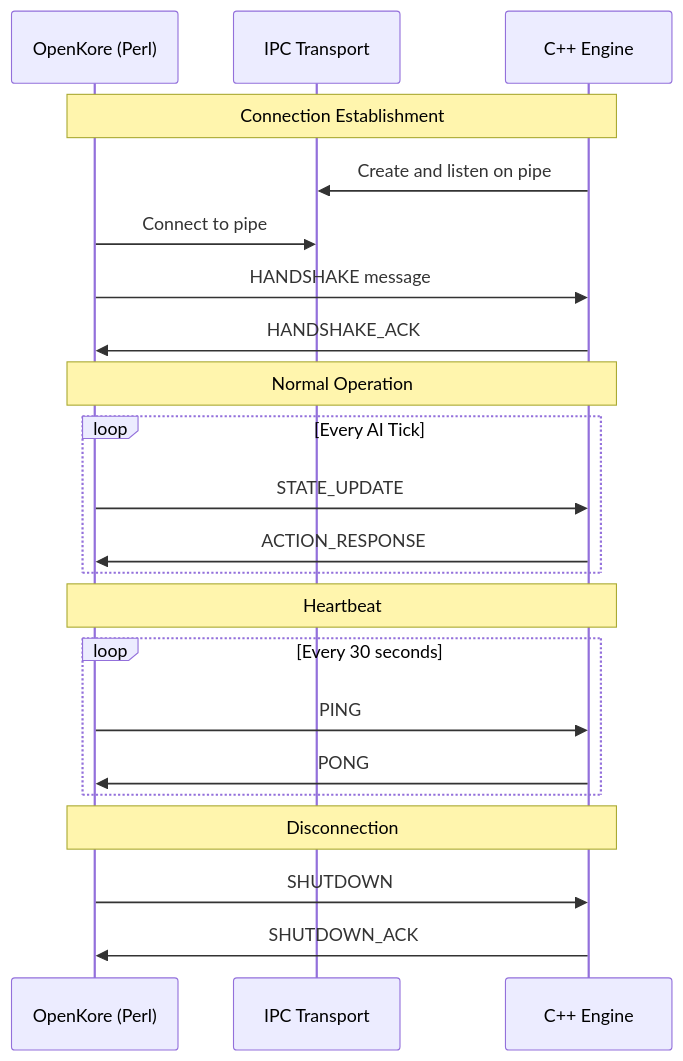
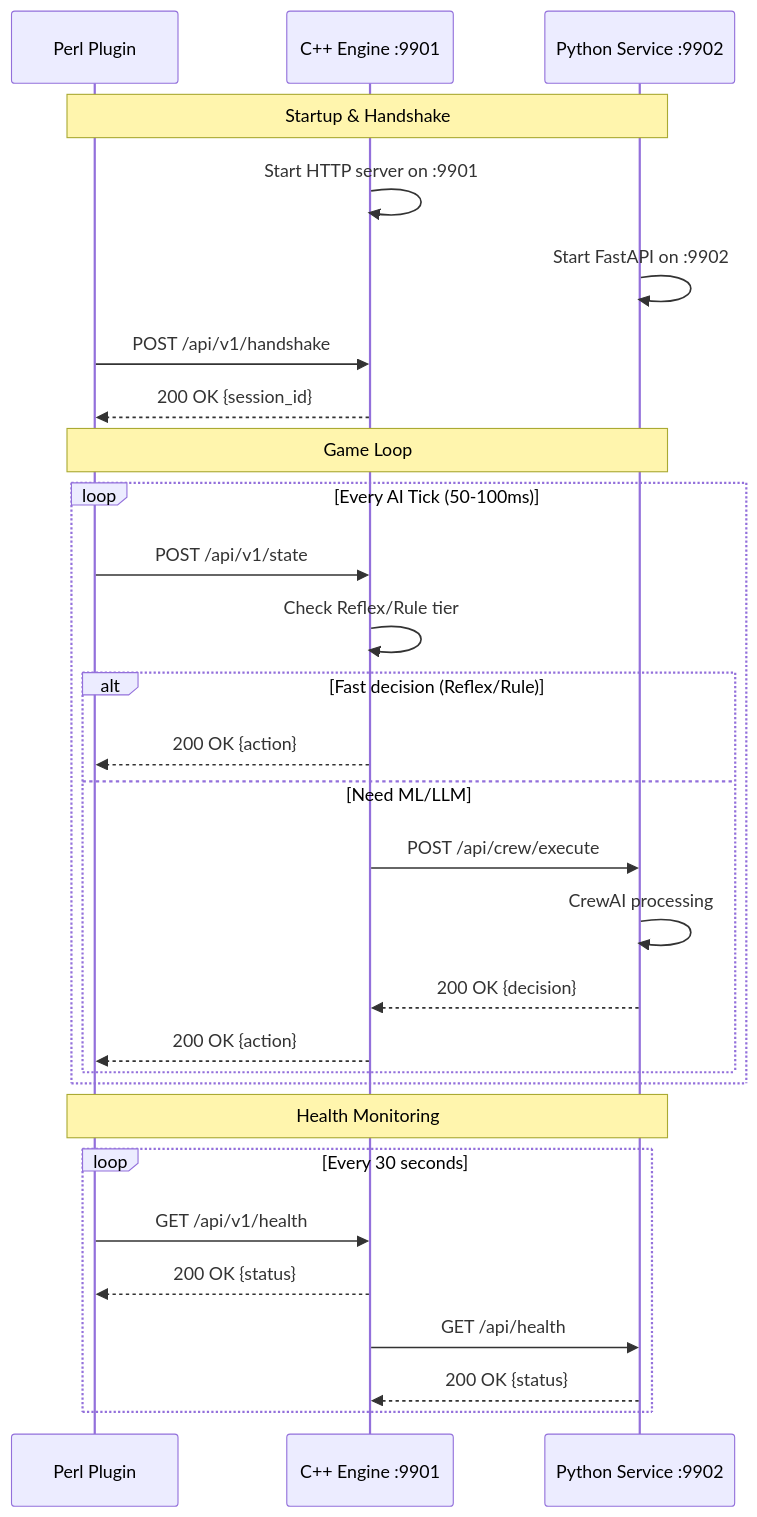
The second of 2 diagrams in openkore-ai/plans/technical-specifications/01-ipc-protocol-specification.md (iskandarsulaili/openkore-ai), drawn with Mermaid before and after one commit. The commit also changed other lines of this file and 8 other files, not shown here.

````diff
--- a/openkore-ai/plans/technical-specifications/01-ipc-protocol-specification.md
+++ b/openkore-ai/plans/technical-specifications/01-ipc-protocol-specification.md
@@ -51,28 +114,35 @@
 ```mermaid
 sequenceDiagram
-    participant Perl as OpenKore (Perl)
-    participant Pipe as IPC Transport
-    participant CPP as C++ Engine
-
-    Note over Perl,CPP: Connection Establishment
-    CPP->>Pipe: Create and listen on pipe
-    Perl->>Pipe: Connect to pipe
-    Perl->>CPP: HANDSHAKE message
-    CPP->>Perl: HANDSHAKE_ACK
+    participant P as Perl Plugin
+    participant C as C++ Engine :9901
+    participant Py as Python Service :9902
     
-    Note over Perl,CPP: Normal Operation
-    loop Every AI Tick
-        Perl->>CPP: STATE_UPDATE
-        CPP->>Perl: ACTION_RESPONSE
+    Note over P,Py: Startup & Handshake
+    C->>C: Start HTTP server on :9901
+    Py->>Py: Start FastAPI on :9902
+    P->>C: POST /api/v1/handshake
+    C-->>P: 200 OK {session_id}
+    
+    Note over P,Py: Game Loop
+    loop Every AI Tick (50-100ms)
+        P->>C: POST /api/v1/state
+        C->>C: Check Reflex/Rule tier
+        
+        alt Fast decision (Reflex/Rule)
+            C-->>P: 200 OK {action}
+        else Need ML/LLM
+            C->>Py: POST /api/crew/execute
+            Py->>Py: CrewAI processing
+            Py-->>C: 200 OK {decision}
+            C-->>P: 200 OK {action}
+        end
     end
     
-    Note over Perl,CPP: Heartbeat
+    Note over P,Py: Health Monitoring
     loop Every 30 seconds
-        Perl->>CPP: PING
-        CPP->>Perl: PONG
+        P->>C: GET /api/v1/health
+        C-->>P: 200 OK {status}
+        C->>Py: GET /api/health
+        Py-->>C: 200 OK {status}
     end
-    
-    Note over Perl,CPP: Disconnection
-    Perl->>CPP: SHUTDOWN
-    CPP->>Perl: SHUTDOWN_ACK
 ```
````
